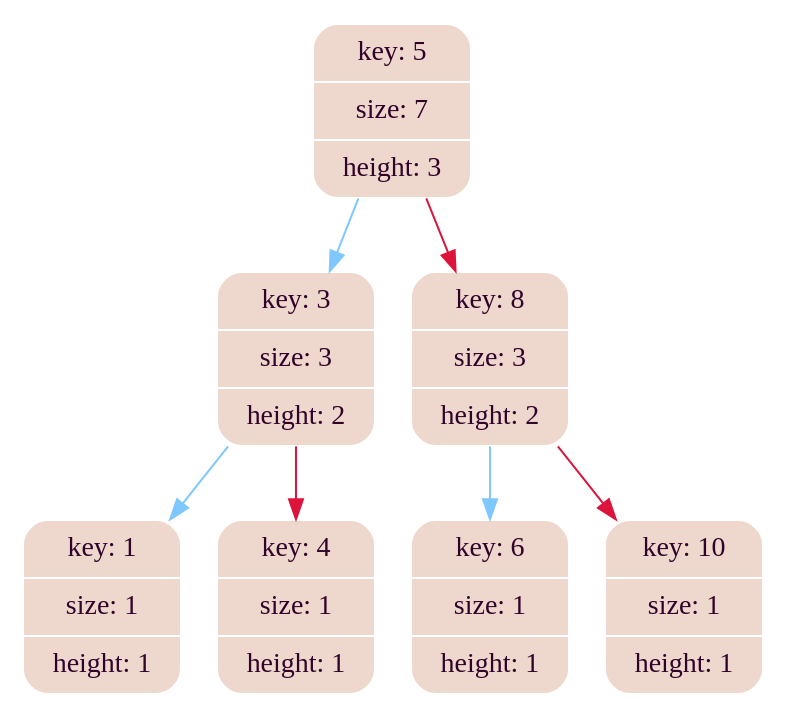
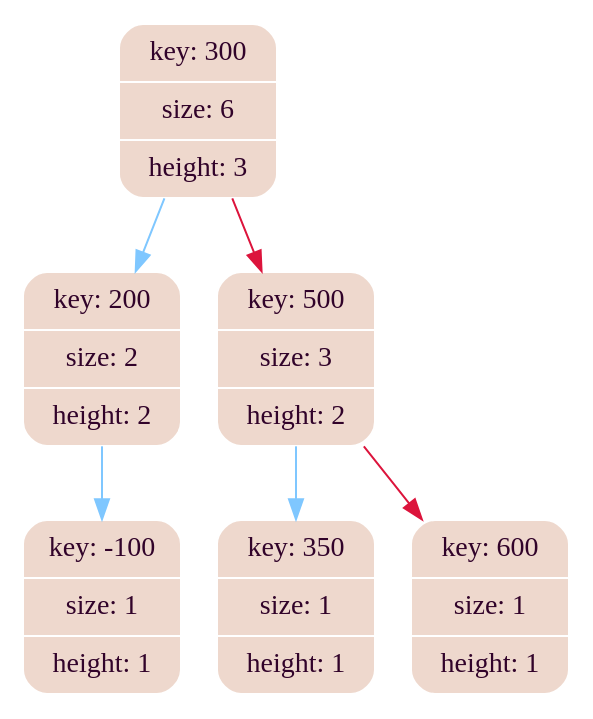
The diagram in graph_lib/tree_dump.dot (MaxGroshev/avl_tree), drawn with Graphviz before and after one commit. The commit also changed 2 other files, not shown here.

```diff
--- a/graph_lib/tree_dump.dot
+++ b/graph_lib/tree_dump.dot
@@ -1,19 +1,17 @@
 digraph   
 {
 rankdir = ""
 splines = "true"
 
-node0x55c873d44300 [shape      = "Mrecord", width = 1.1, height = 1.21,  fillcolor   = "#eed8cd", style = "filled", fontcolor= " #31032A", fontname = "Calibri", color = "white", label = "{key: 5| size: 7| height: 3}"]
-node0x55c873d44300 -> node0x55c873d44400 [color = "#7FC7FF", style = "", constraint = true, fillcolor = "#7FC7FF",   fontcolor = "", fontname = "Calibri", label = ""];
-node0x55c873d44400 [shape      = "Mrecord", width = 1.1, height = 1.21,  fillcolor   = "#eed8cd", style = "filled", fontcolor= " #31032A", fontname = "Calibri", color = "white", label = "{key: 3| size: 3| height: 2}"]
-node0x55c873d44400 -> node0x55c873d44340 [color = "#7FC7FF", style = "", constraint = true, fillcolor = "#7FC7FF",   fontcolor = "", fontname = "Calibri", label = ""];
-node0x55c873d44340 [shape      = "Mrecord", width = 1.1, height = 1.21,  fillcolor   = "#eed8cd", style = "filled", fontcolor= " #31032A", fontname = "Calibri", color = "white", label = "{key: 1| size: 1| height: 1}"]
-node0x55c873d44400 -> node0x55c873d443c0 [color = "#DC143C", style = "", constraint = true, fillcolor = "#DC143C",   fontcolor = "", fontname = "Calibri", label = ""];
-node0x55c873d443c0 [shape      = "Mrecord", width = 1.1, height = 1.21,  fillcolor   = "#eed8cd", style = "filled", fontcolor= " #31032A", fontname = "Calibri", color = "white", label = "{key: 4| size: 1| height: 1}"]
-node0x55c873d44300 -> node0x55c873d442c0 [color = "#DC143C", style = "", constraint = true, fillcolor = "#DC143C",   fontcolor = "", fontname = "Calibri", label = ""];
-node0x55c873d442c0 [shape      = "Mrecord", width = 1.1, height = 1.21,  fillcolor   = "#eed8cd", style = "filled", fontcolor= " #31032A", fontname = "Calibri", color = "white", label = "{key: 8| size: 3| height: 2}"]
-node0x55c873d442c0 -> node0x55c873d44440 [color = "#7FC7FF", style = "", constraint = true, fillcolor = "#7FC7FF",   fontcolor = "", fontname = "Calibri", label = ""];
-node0x55c873d44440 [shape      = "Mrecord", width = 1.1, height = 1.21,  fillcolor   = "#eed8cd", style = "filled", fontcolor= " #31032A", fontname = "Calibri", color = "white", label = "{key: 6| size: 1| height: 1}"]
-node0x55c873d442c0 -> node0x55c873d44380 [color = "#DC143C", style = "", constraint = true, fillcolor = "#DC143C",   fontcolor = "", fontname = "Calibri", label = ""];
-node0x55c873d44380 [shape      = "Mrecord", width = 1.1, height = 1.21,  fillcolor   = "#eed8cd", style = "filled", fontcolor= " #31032A", fontname = "Calibri", color = "white", label = "{key: 10| size: 1| height: 1}"]
+node0x556edfe029a0 [shape      = "Mrecord", width = 1.1, height = 1.21,  fillcolor   = "#eed8cd", style = "filled", fontcolor= " #31032A", fontname = "Calibri", color = "white", label = "{key: 300| size: 6| height: 3}"]
+node0x556edfe029a0 -> node0x556edfe02a20 [color = "#7FC7FF", style = "", constraint = true, fillcolor = "#7FC7FF",   fontcolor = "", fontname = "Calibri", label = ""];
+node0x556edfe02a20 [shape      = "Mrecord", width = 1.1, height = 1.21,  fillcolor   = "#eed8cd", style = "filled", fontcolor= " #31032A", fontname = "Calibri", color = "white", label = "{key: 200| size: 2| height: 2}"]
+node0x556edfe02a20 -> node0x556edfe02ae0 [color = "#7FC7FF", style = "", constraint = true, fillcolor = "#7FC7FF",   fontcolor = "", fontname = "Calibri", label = ""];
+node0x556edfe02ae0 [shape      = "Mrecord", width = 1.1, height = 1.21,  fillcolor   = "#eed8cd", style = "filled", fontcolor= " #31032A", fontname = "Calibri", color = "white", label = "{key: -100| size: 1| height: 1}"]
+node0x556edfe029a0 -> node0x556edfe029e0 [color = "#DC143C", style = "", constraint = true, fillcolor = "#DC143C",   fontcolor = "", fontname = "Calibri", label = ""];
+node0x556edfe029e0 [shape      = "Mrecord", width = 1.1, height = 1.21,  fillcolor   = "#eed8cd", style = "filled", fontcolor= " #31032A", fontname = "Calibri", color = "white", label = "{key: 500| size: 3| height: 2}"]
+node0x556edfe029e0 -> node0x556edfe006c0 [color = "#7FC7FF", style = "", constraint = true, fillcolor = "#7FC7FF",   fontcolor = "", fontname = "Calibri", label = ""];
+node0x556edfe006c0 [shape      = "Mrecord", width = 1.1, height = 1.21,  fillcolor   = "#eed8cd", style = "filled", fontcolor= " #31032A", fontname = "Calibri", color = "white", label = "{key: 350| size: 1| height: 1}"]
+node0x556edfe029e0 -> node0x556edfe02c60 [color = "#DC143C", style = "", constraint = true, fillcolor = "#DC143C",   fontcolor = "", fontname = "Calibri", label = ""];
+node0x556edfe02c60 [shape      = "Mrecord", width = 1.1, height = 1.21,  fillcolor   = "#eed8cd", style = "filled", fontcolor= " #31032A", fontname = "Calibri", color = "white", label = "{key: 600| size: 1| height: 1}"]
 }
```
